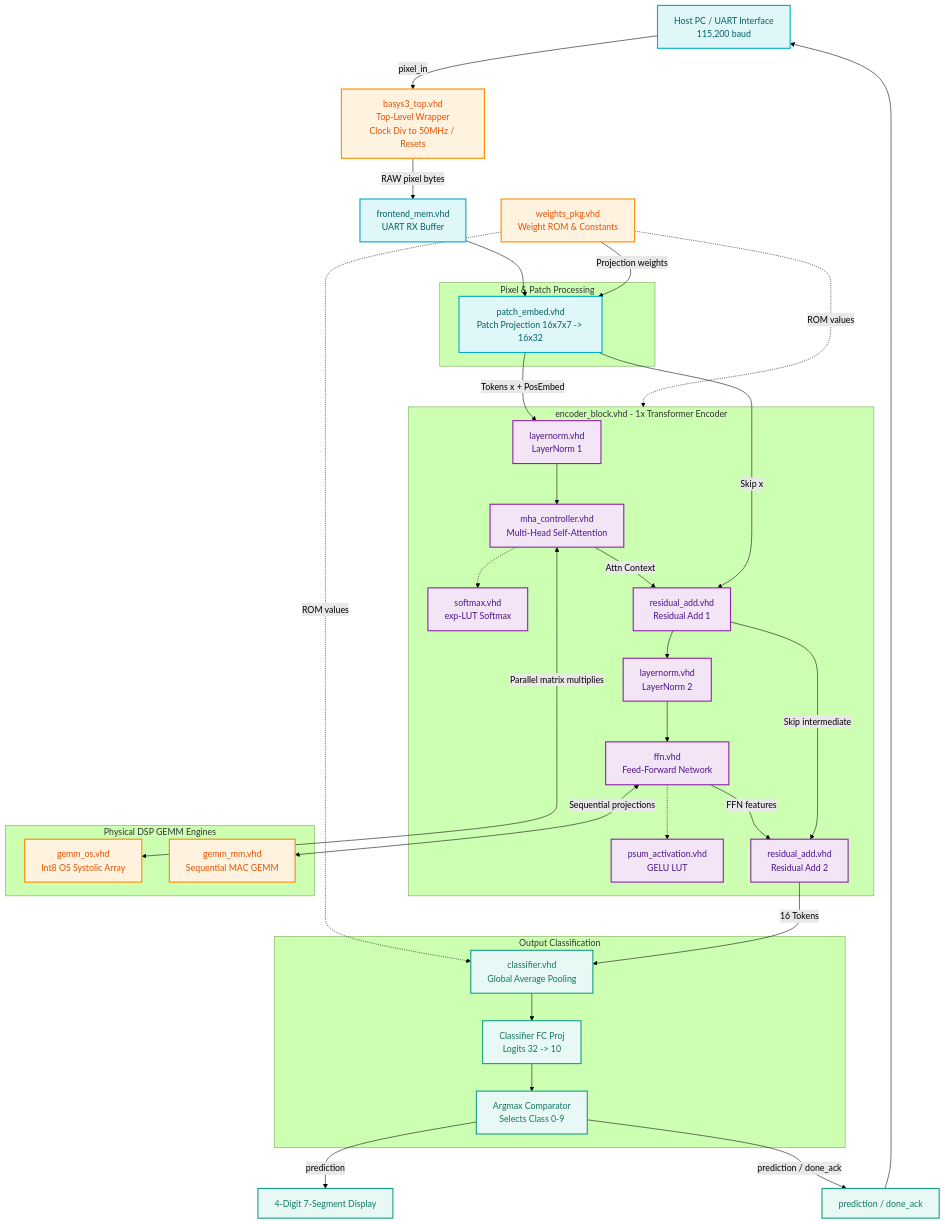
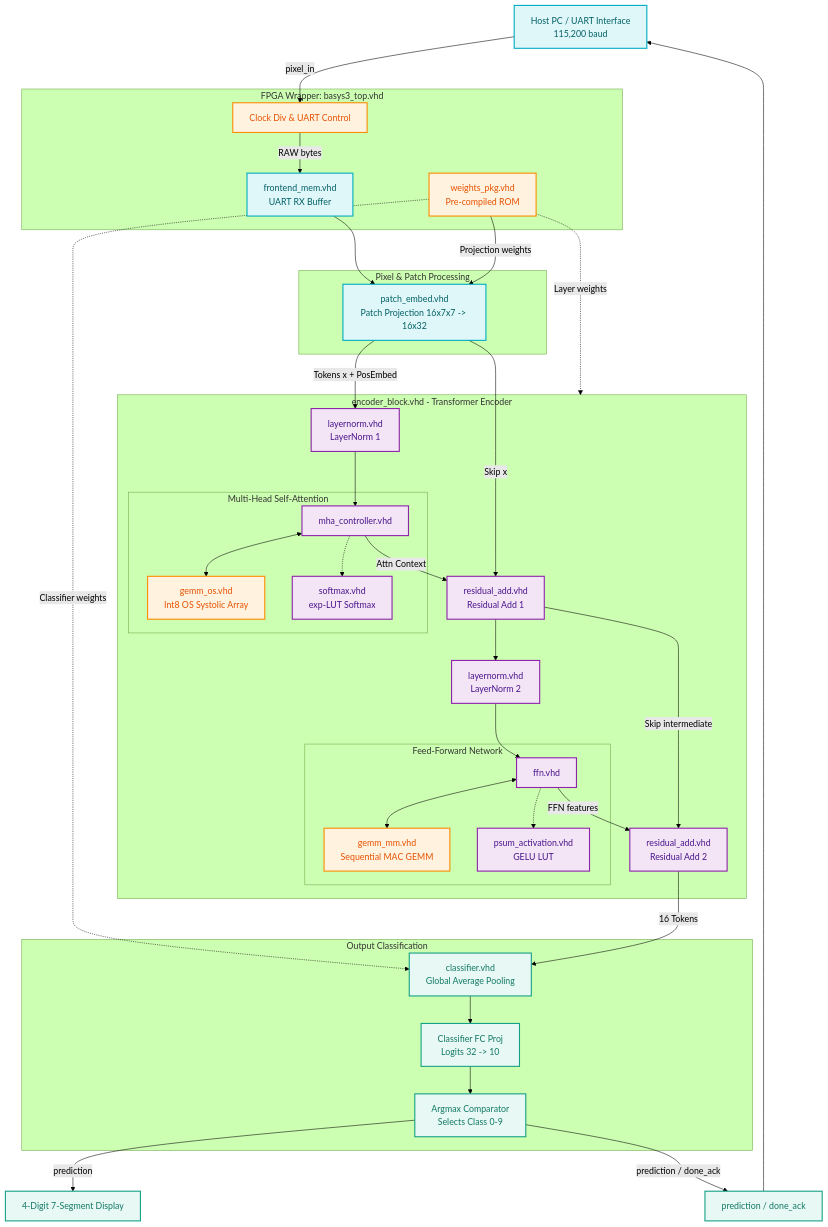
One commit to agentzz1/transformer_poc changed the diagram in README.md. Above: the diagram before and after it, drawn with Mermaid (forest theme). The commit also changed other lines of this file, not shown here.

Commit message:
docs: update README with synthesis utilization and clean mermaid flowchart

```diff
--- a/README.md
+++ b/README.md
@@ -149,30 +158,40 @@
     classDef purple fill:#f3e5f5,stroke:#8e24aa,stroke-width:2px,color:#4a148c;
     classDef green fill:#e8f8f5,stroke:#16a085,stroke-width:2px,color:#117864;
 
-    %% Modules
+    %% Nodes
     Host[Host PC / UART Interface<br>115,200 baud]:::cyan
-    Top[basys3_top.vhd<br>Top-Level Wrapper<br>Clock Div to 50MHz / Resets]:::orange
-    FrontMem[frontend_mem.vhd<br>UART RX Buffer]:::cyan
-    WeightsROM[weights_pkg.vhd<br>Weight ROM & Constants]:::orange
-    
+    Display[4-Digit 7-Segment Display]:::green
+    Ack[prediction / done_ack]:::green
+
+    subgraph TopLevel [FPGA Wrapper: basys3_top.vhd]
+        Top[Clock Div & UART Control]:::orange
+        FrontMem[frontend_mem.vhd<br>UART RX Buffer]:::cyan
+        WeightsROM[weights_pkg.vhd<br>Pre-compiled ROM]:::orange
+    end
+
     subgraph Frontend [Pixel & Patch Processing]
         Embed[patch_embed.vhd<br>Patch Projection 16x7x7 -> 16x32]:::cyan
     end
-    
-    subgraph Encoder [encoder_block.vhd - 1x Transformer Encoder]
+
+    subgraph Encoder [encoder_block.vhd - Transformer Encoder]
         LN1[layernorm.vhd<br>LayerNorm 1]:::purple
-        MHA[mha_controller.vhd<br>Multi-Head Self-Attention]:::purple
-        Softmax[softmax.vhd<br>exp-LUT Softmax]:::purple
+        
+        subgraph MHA_Block [Multi-Head Self-Attention]
+            MHA[mha_controller.vhd]:::purple
+            GEMM_OS[gemm_os.vhd<br>Int8 OS Systolic Array]:::orange
+            Softmax[softmax.vhd<br>exp-LUT Softmax]:::purple
+        end
+        
         Res1[residual_add.vhd<br>Residual Add 1]:::purple
         LN2[layernorm.vhd<br>LayerNorm 2]:::purple
-        FFN[ffn.vhd<br>Feed-Forward Network]:::purple
-        GELU[psum_activation.vhd<br>GELU LUT]:::purple
+        
+        subgraph FFN_Block [Feed-Forward Network]
+            FFN[ffn.vhd]:::purple
+            GEMM_MM[gemm_mm.vhd<br>Sequential MAC GEMM]:::orange
+            GELU[psum_activation.vhd<br>GELU LUT]:::purple
+        end
+        
         Res2[residual_add.vhd<br>Residual Add 2]:::purple
-    end
-
-    subgraph Compute [Physical DSP GEMM Engines]
-        GEMM_OS[gemm_os.vhd<br>Int8 OS Systolic Array]:::orange
-        GEMM_MM[gemm_mm.vhd<br>Sequential MAC GEMM]:::orange
     end
 
     subgraph Backend [Output Classification]
@@ -181,40 +200,38 @@
         Argmax[Argmax Comparator<br>Selects Class 0-9]:::green
     end
 
-    Display[4-Digit 7-Segment Display]:::green
-    Ack[prediction / done_ack]:::green
-
     %% Connections
     Host -->|pixel_in| Top
-    Top -->|RAW pixel bytes| FrontMem
+    Top -->|RAW bytes| FrontMem
     FrontMem --> Embed
+    
     WeightsROM -->|Projection weights| Embed
-    WeightsROM -.->|ROM values| Encoder
-    WeightsROM -.->|ROM values| Classifier
+    WeightsROM -.->|Layer weights| Encoder
+    WeightsROM -.->|Classifier weights| Classifier
 
     Embed -->|Tokens x + PosEmbed| LN1
     
-    %% Encoder internal pipeline
+    %% Encoder Pipeline
     LN1 --> MHA
+    MHA <--> GEMM_OS
+    MHA -.-> Softmax
+    
     MHA -->|Attn Context| Res1
     Embed -->|Skip x| Res1
+    
     Res1 --> LN2
     LN2 --> FFN
+    FFN <--> GEMM_MM
+    FFN -.-> GELU
+    
     FFN -->|FFN features| Res2
     Res1 -->|Skip intermediate| Res2
     
-    %% Compute core relations
-    MHA <-->|Parallel matrix multiplies| GEMM_OS
-    FFN <-->|Sequential projections| GEMM_MM
-    
-    %% Nested sub-blocks
-    MHA -.-> Softmax
-    FFN -.-> GELU
-
-    %% Backend pipeline
+    %% Backend Pipeline
     Res2 -->|16 Tokens| Classifier
     Classifier --> FC
     FC --> Argmax
+    
     Argmax -->|prediction| Display
     Argmax -->|prediction / done_ack| Ack
     Ack --> Host
```
